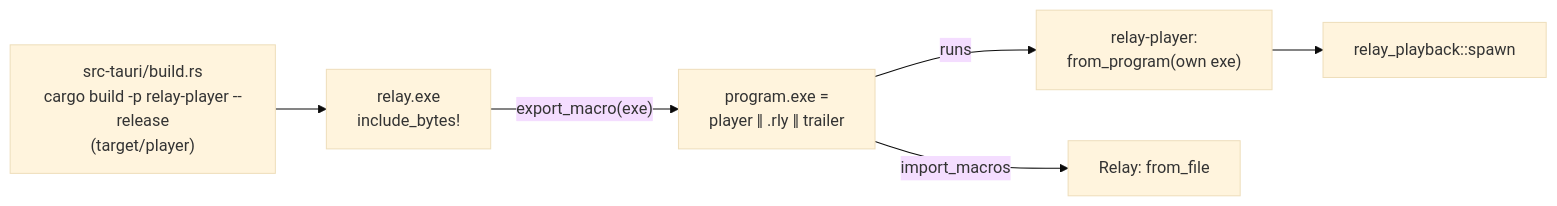
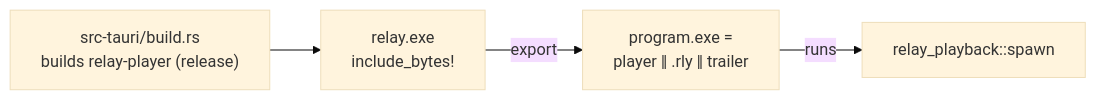
The sixth of 6 diagrams in docs/engineering/architecture.md (HappyRave/Relay), drawn with Mermaid (base theme) before and after one commit. The commit also changed other lines of this file and 3 other files, not shown here.

First line of the commit message:
docs(engineering): architecture, core, platform and app, rewritten short

````diff
--- a/docs/engineering/architecture.md
+++ b/docs/engineering/architecture.md
@@ -215,8 +136,6 @@
 ```mermaid
 flowchart LR
-    B["src-tauri/build.rs<br/>cargo build -p relay-player --release<br/>(target/player)"] --> I["relay.exe<br/>include_bytes!"]
-    I -- "export_macro(exe)" --> X["program.exe =<br/>player ‖ .rly ‖ trailer"]
-    X -- "runs" --> P["relay-player:<br/>from_program(own exe)"]
-    P --> E["relay_playback::spawn"]
-    X -- "import_macros" --> R["Relay: from_file"]
+    B["src-tauri/build.rs<br/>builds relay-player (release)"] --> I["relay.exe<br/>include_bytes!"]
+    I -- export --> X["program.exe =<br/>player ‖ .rly ‖ trailer"]
+    X -- runs --> E["relay_playback::spawn"]
 ```
````
